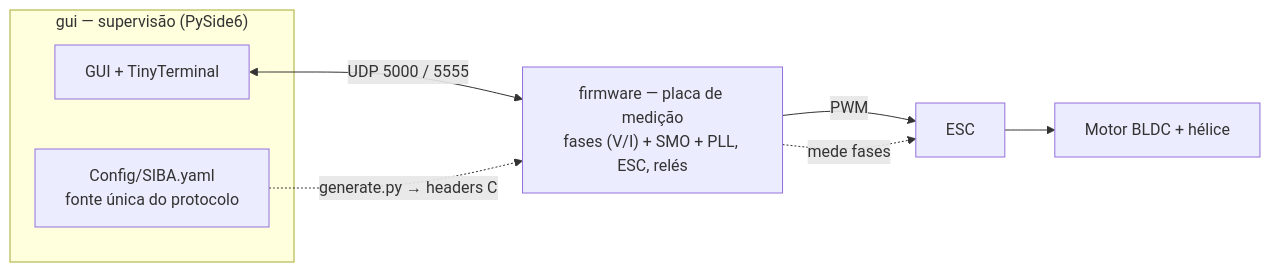
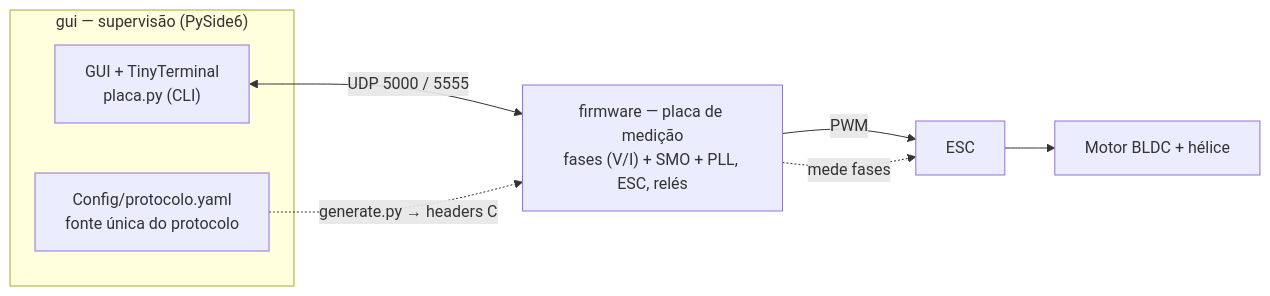
Before and after one commit to vitordallolivo/TCC: the diagram in README.md, drawn with Mermaid. The commit also changed other lines of this file and 48 other files, not shown here.

````diff
--- a/README.md
+++ b/README.md
@@ -65,15 +65,15 @@
 ```mermaid
 flowchart LR
     subgraph PC["gui — supervisão (PySide6)"]
-        GUI["GUI + TinyTerminal"]
-        YAML["Config/SIBA.yaml<br/>fonte única do protocolo"]
+        GUI["GUI + TinyTerminal<br/>placa.py (CLI)"]
+        YAML["Config/protocolo.yaml<br/>fonte única do protocolo"]
     end
 
     PLACA["firmware — placa de medição<br/>fases (V/I) + SMO + PLL, ESC, relés"]
     ESC["ESC"] --> MOTOR["Motor BLDC + hélice"]
 
     GUI <-->|"UDP 5000 / 5555"| PLACA
     YAML -.->|"generate.py → headers C"| PLACA
     PLACA -->|PWM| ESC
     PLACA -.->|"mede fases"| ESC
 ```
````
